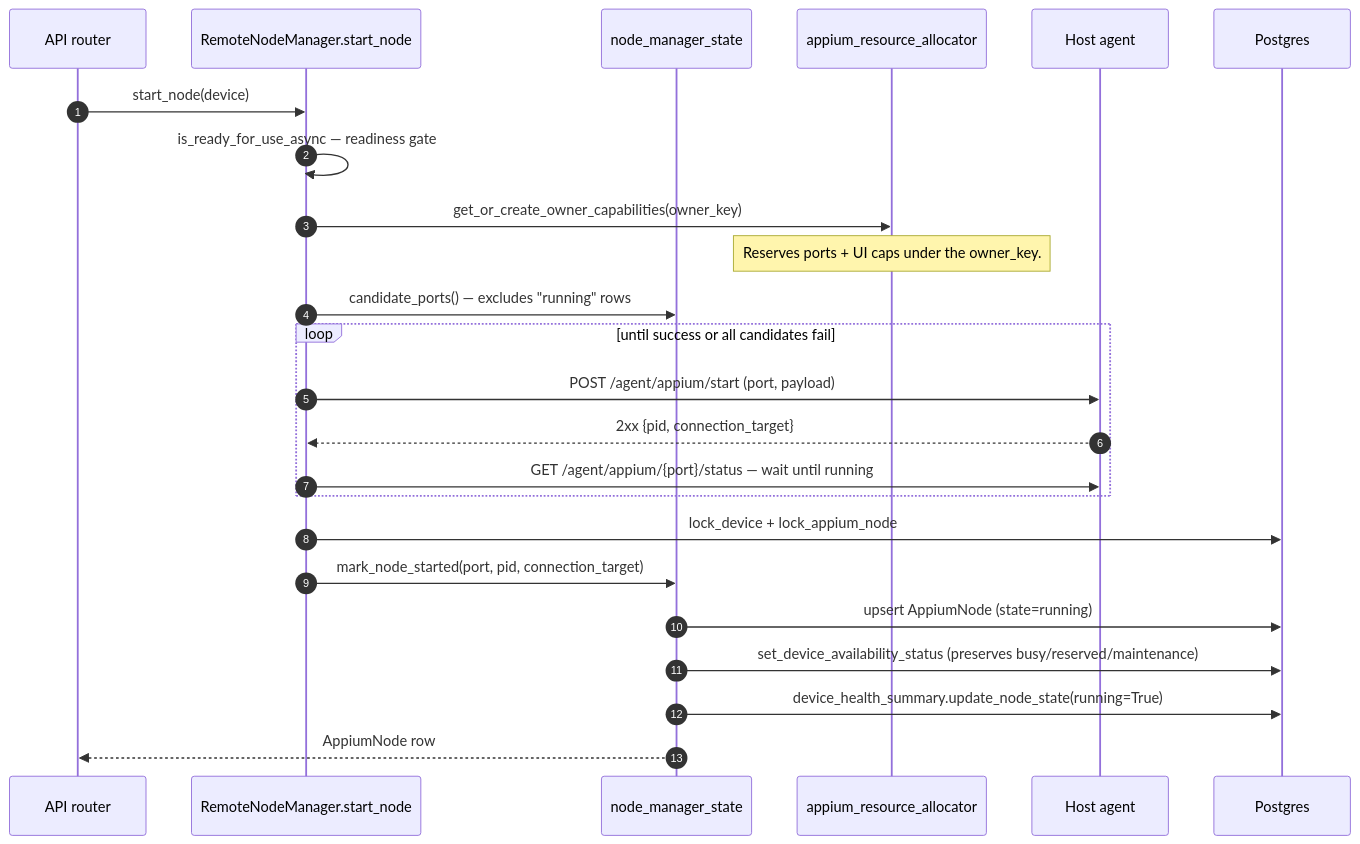
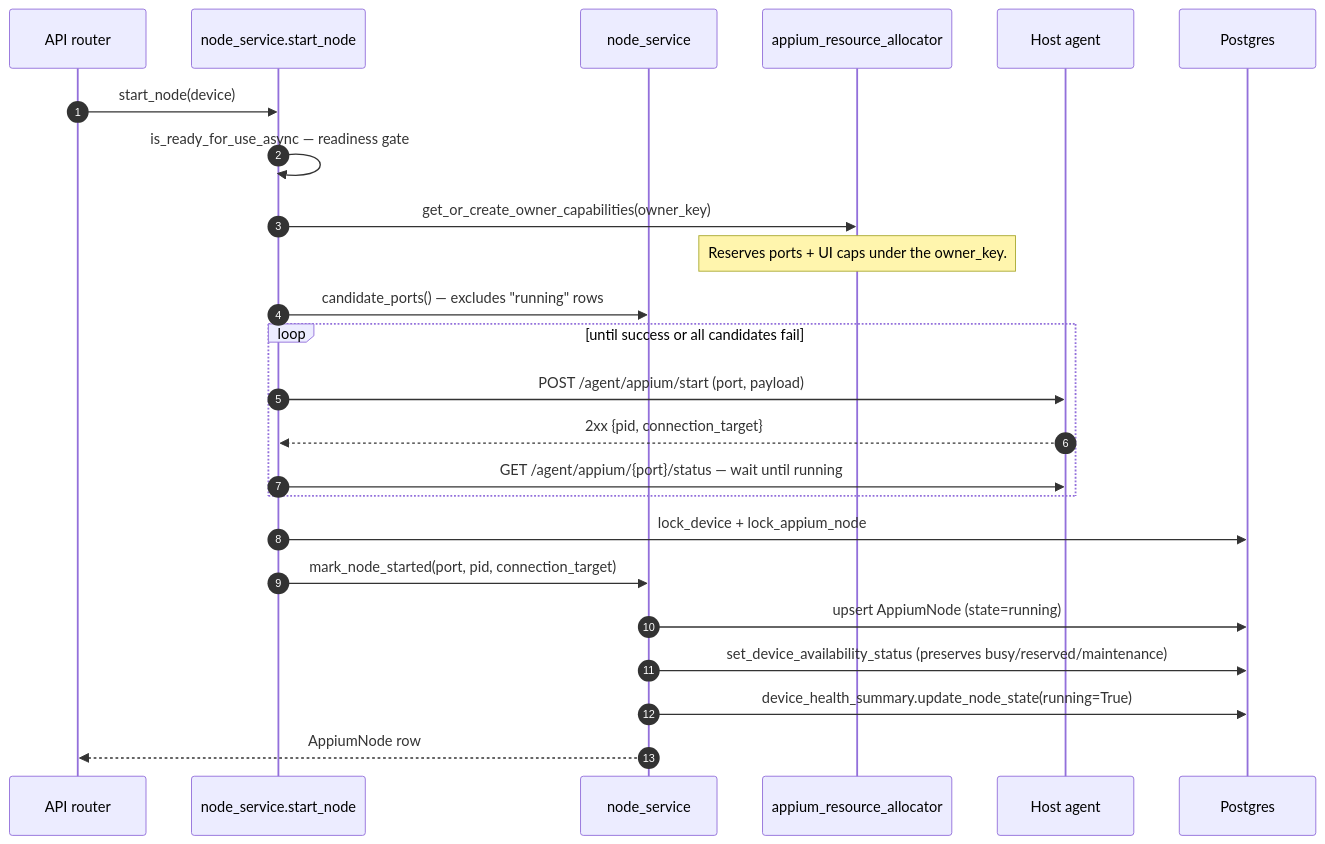
The second of 5 diagrams in docs/design/02-node-lifecycle.md (quidow/gridfleet), drawn with Mermaid before and after one commit. The commit also changed other lines of this file and 45 other files, not shown here.

First line of the commit message:
refactor(backend): collapse node_manager modules into node_service (#76)

````diff
--- a/docs/design/02-node-lifecycle.md
+++ b/docs/design/02-node-lifecycle.md
@@ -59,27 +57,27 @@
 ```mermaid
 sequenceDiagram
     autonumber
     participant API as API router
-    participant NM as RemoteNodeManager.start_node
-    participant State as node_manager_state
+    participant NM as node_service.start_node
+    participant State as node_service
     participant Alloc as appium_resource_allocator
     participant Agent as Host agent
     participant Pg as Postgres
 
     API->>NM: start_node(device)
     NM->>NM: is_ready_for_use_async — readiness gate
     NM->>Alloc: get_or_create_owner_capabilities(owner_key)
     Note over Alloc: Reserves ports + UI caps under the owner_key.
     NM->>State: candidate_ports() — excludes "running" rows
     loop until success or all candidates fail
         NM->>Agent: POST /agent/appium/start (port, payload)
         Agent-->>NM: 2xx {pid, connection_target}
         NM->>Agent: GET /agent/appium/{port}/status — wait until running
     end
     NM->>Pg: lock_device + lock_appium_node
     NM->>State: mark_node_started(port, pid, connection_target)
     State->>Pg: upsert AppiumNode (state=running)
     State->>Pg: set_device_availability_status (preserves busy/reserved/maintenance)
     State->>Pg: device_health_summary.update_node_state(running=True)
     State-->>API: AppiumNode row
 ```
````
